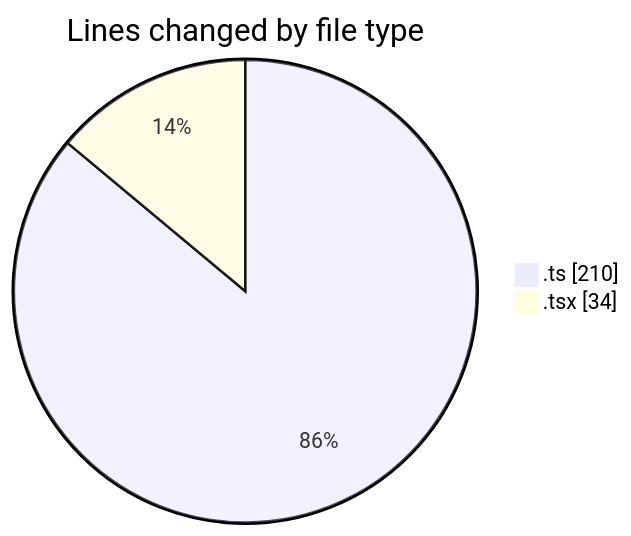
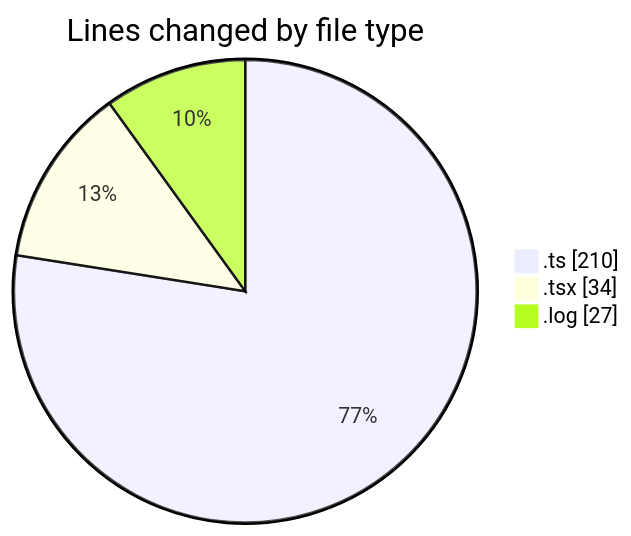
Before and after one commit to EIIisD/code-tracking: the first of 2 diagrams in 2025-07-28/ani/README.md, drawn with Mermaid. The commit also changed other lines of this file and 1 other file, not shown here.

````diff
--- a/2025-07-28/ani/README.md
+++ b/2025-07-28/ani/README.md
@@ -21,6 +22,7 @@
 ```mermaid
 pie showData
 title Lines changed by file type
 ".ts" : 210
 ".tsx" : 34
+".log" : 27
 ```
````
